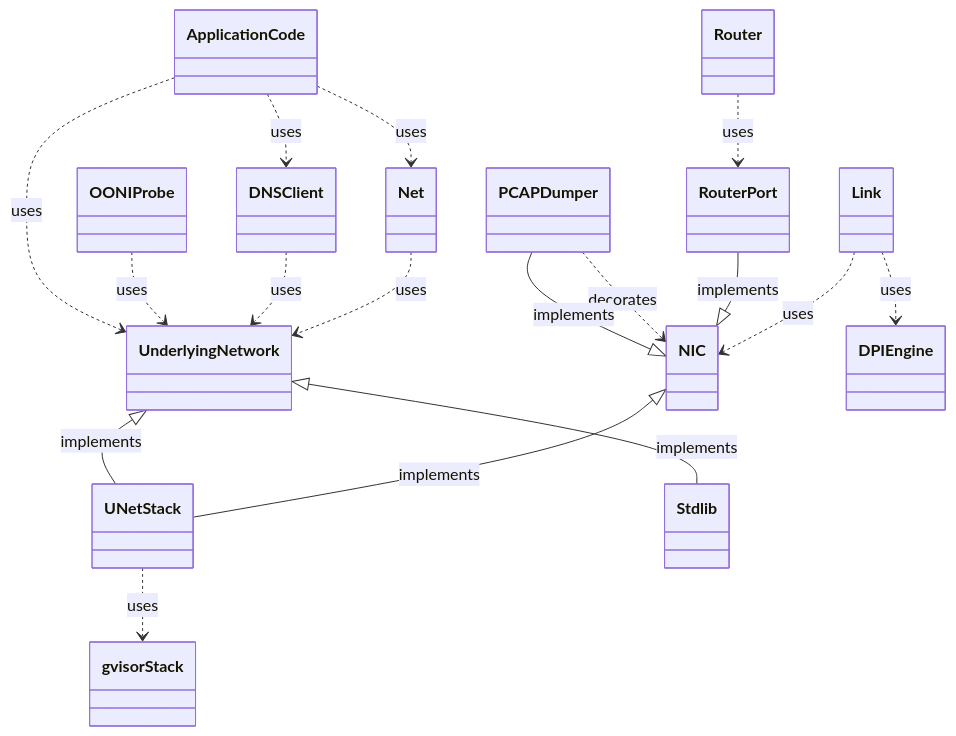
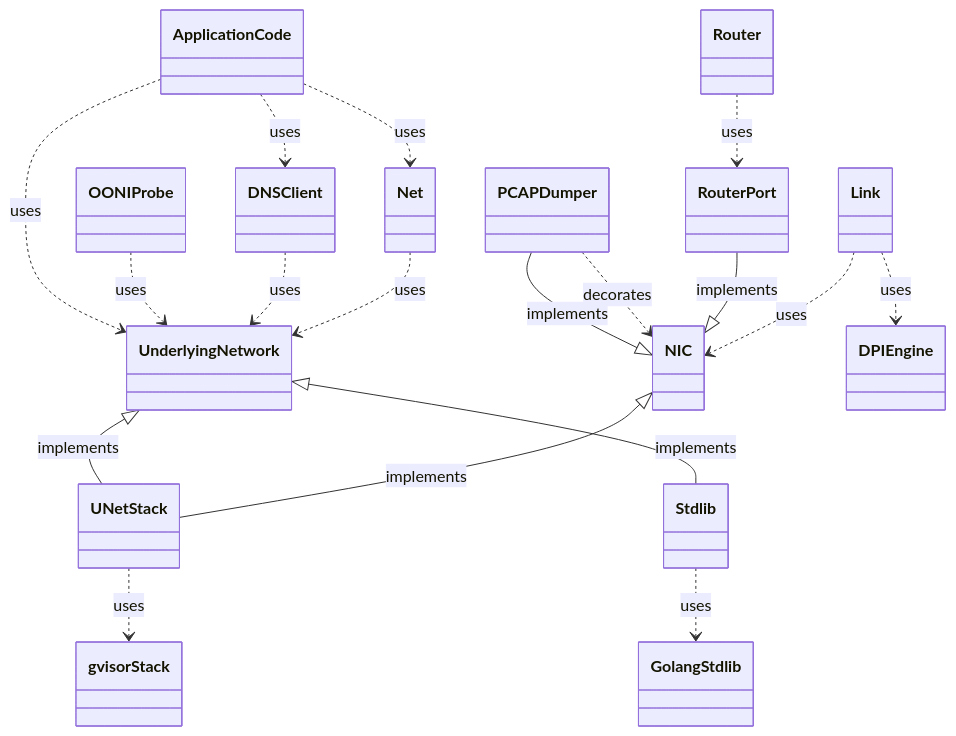
The diagram in ARCHITECTURE.md (ooni/netem), drawn with Mermaid before and after one commit.

````diff
--- a/ARCHITECTURE.md
+++ b/ARCHITECTURE.md
@@ -39,19 +39,20 @@
 ```mermaid
 classDiagram
 NIC <|-- UNetStack : implements
 UnderlyingNetwork <|-- UNetStack : implements
 Net ..> UnderlyingNetwork : uses
 Link ..> DPIEngine : uses
 Link ..> NIC : uses
 Router ..> RouterPort : uses
 RouterPort --|> NIC: implements
 DNSClient ..> UnderlyingNetwork : uses
 UNetStack ..> gvisorStack : uses
 UnderlyingNetwork <|-- Stdlib : implements
 PCAPDumper ..> NIC : decorates
 PCAPDumper --|> NIC : implements
 ApplicationCode ..> Net : uses
 ApplicationCode ..> DNSClient : uses
 OONIProbe ..> UnderlyingNetwork : uses
 ApplicationCode ..> UnderlyingNetwork : uses
+Stdlib ..> GolangStdlib : uses
 ```
````
